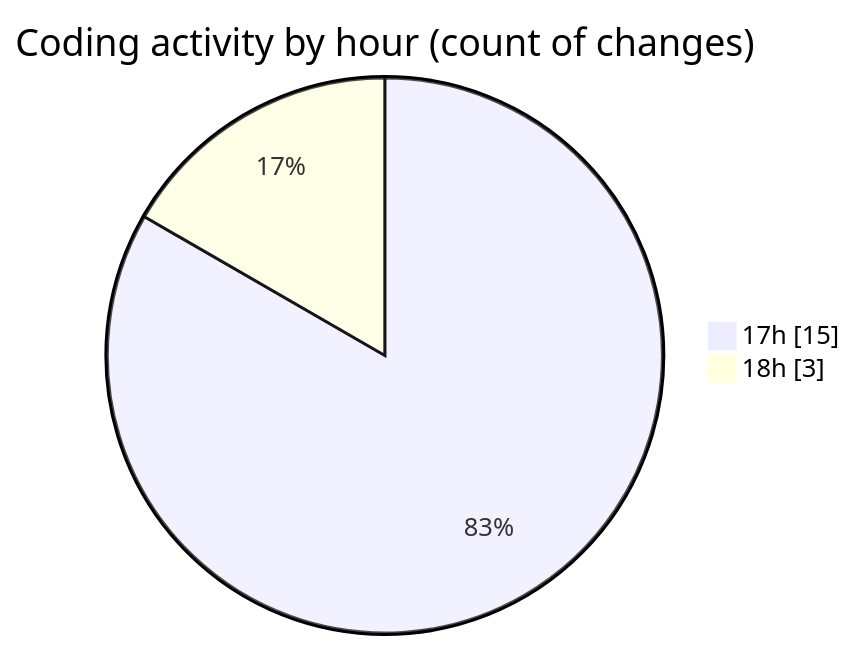
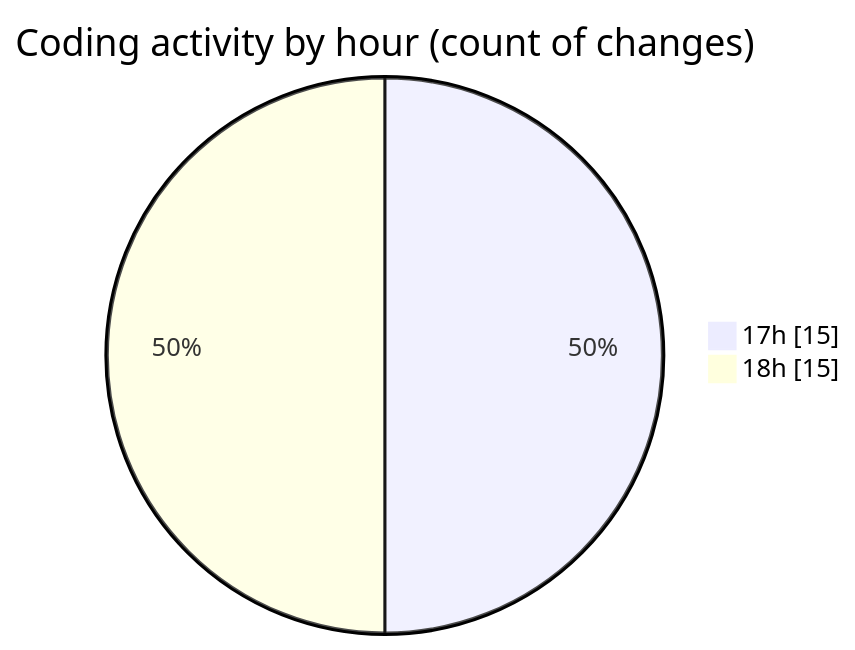
Before and after one commit to lephambinh05/code-tracking: the second of 2 diagrams in 2025-08-15/rentotp/README.md, drawn with Mermaid. The commit also changed other lines of this file and 1 other file, not shown here.

````diff
--- a/2025-08-15/rentotp/README.md
+++ b/2025-08-15/rentotp/README.md
@@ -36,6 +42,6 @@
 ```mermaid
 pie showData
 title Coding activity by hour (count of changes)
 "17h" : 15
-"18h" : 3
+"18h" : 15
 ```
````
